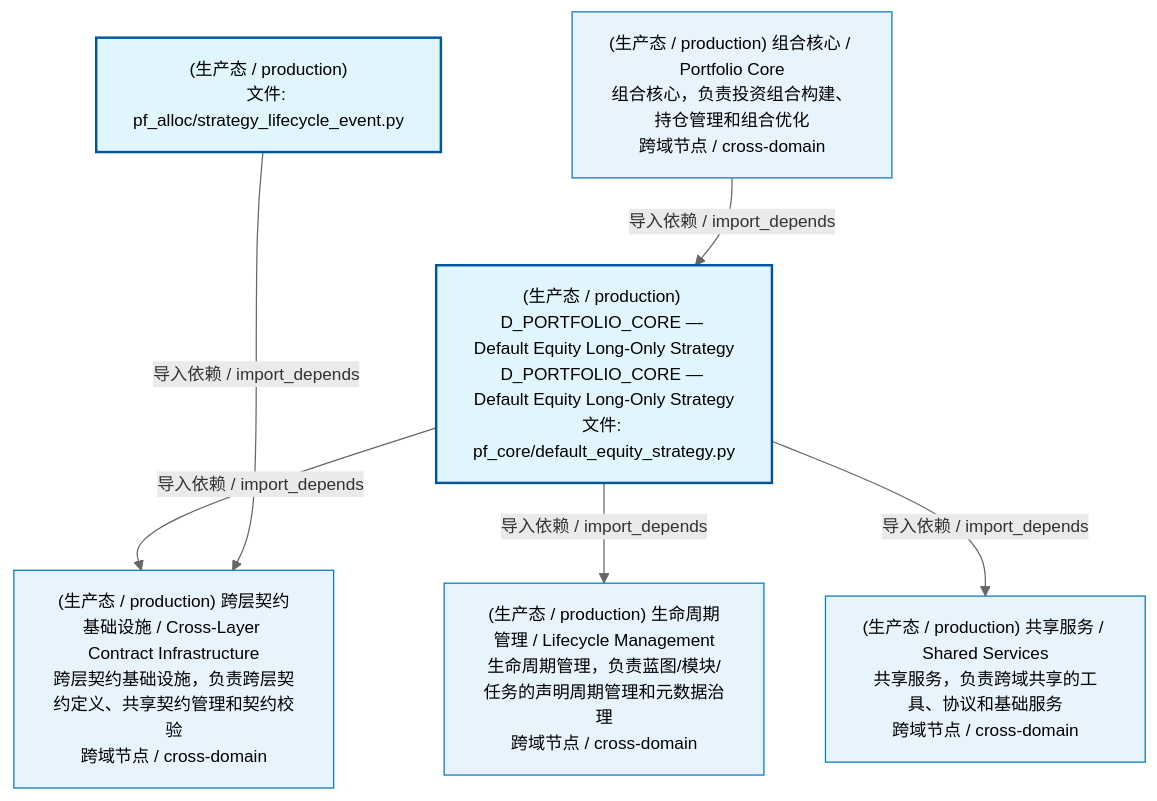
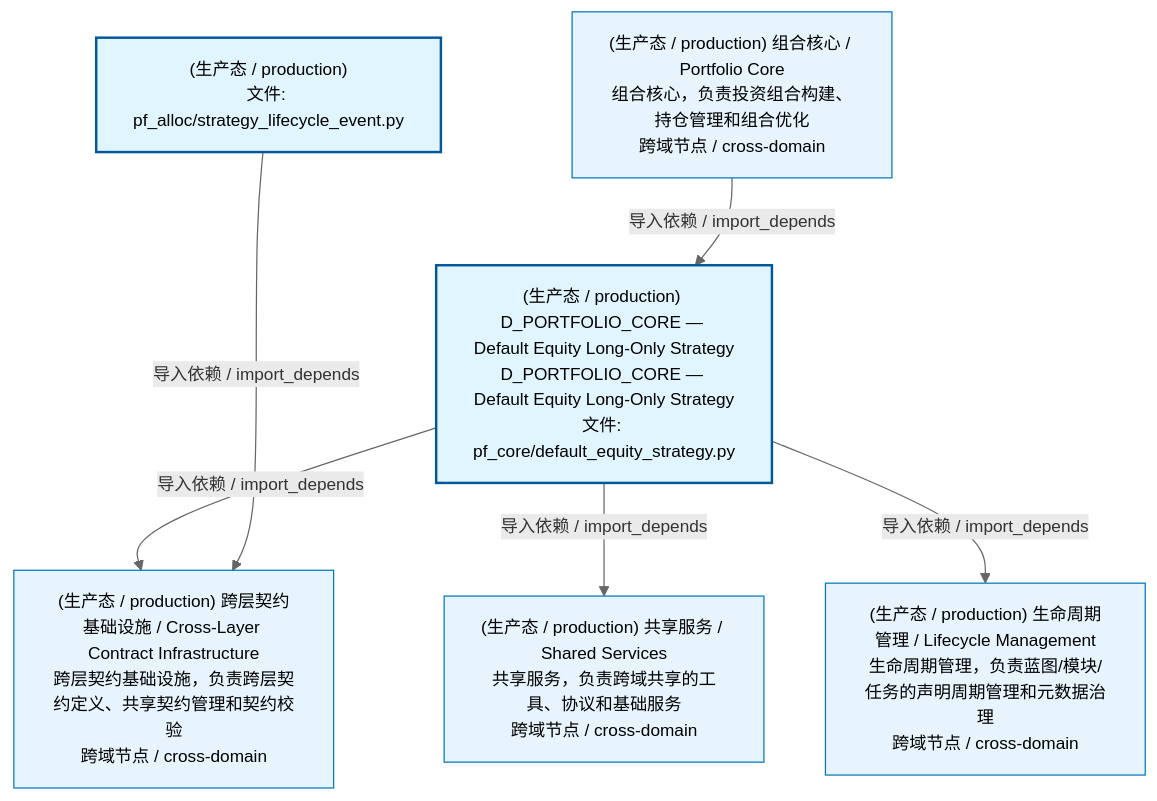
Before and after one commit to xuanFelixVan/ZephyrAlpha: the first of 2 diagrams in docs/02_enterprise_architecture/02_domain_architecture_docs/62_d_pf_alloc.md, drawn with Mermaid. The commit also changed other lines of this file and 78 other files, not shown here.

````diff
--- a/docs/02_enterprise_architecture/02_domain_architecture_docs/62_d_pf_alloc.md
+++ b/docs/02_enterprise_architecture/02_domain_architecture_docs/62_d_pf_alloc.md
@@ -53,22 +53,22 @@
 ```mermaid
 %%{init: {'theme': 'base', 'themeVariables': {'primaryColor': '#eaeaea', 'primaryTextColor': '#333333', 'primaryBorderColor': '#666666', 'lineColor': '#666666', 'secondaryColor': '#eaeaea', 'tertiaryColor': '#eaeaea', 'fontSize': '14px'}}}%%
 flowchart TD
     src_zephyr_pf_alloc_strategy_lifecycle_event_py["(生产态 / production)<br/>文件: pf_alloc/strategy_lifecycle_event.py"]
     src_zephyr_pf_core_default_equity_strategy_py["(生产态 / production) D_PORTFOLIO_CORE — Default Equity Long-Only Strategy<br/>D_PORTFOLIO_CORE — Default Equity Long-Only Strategy<br/>文件: pf_core/default_equity_strategy.py"]
     src_zephyr_pf_alloc_strategy_lifecycle_event_py ~~~ src_zephyr_pf_core_default_equity_strategy_py
     D_INFRASTRUCTURE["(生产态 / production) 跨层契约基础设施 / Cross-Layer Contract Infrastructure<br/>跨层契约基础设施，负责跨层契约定义、共享契约管理和契约校验<br/>跨域节点 / cross-domain"]
     src_zephyr_pf_core_default_equity_strategy_py -->|导入依赖 / import_depends| D_INFRASTRUCTURE
+    D_SHARED["(生产态 / production) 共享服务 / Shared Services<br/>共享服务，负责跨域共享的工具、协议和基础服务<br/>跨域节点 / cross-domain"]
+    src_zephyr_pf_core_default_equity_strategy_py -->|导入依赖 / import_depends| D_SHARED
     D_GOVERNANCE["(生产态 / production) 生命周期管理 / Lifecycle Management<br/>生命周期管理，负责蓝图/模块/任务的声明周期管理和元数据治理<br/>跨域节点 / cross-domain"]
     src_zephyr_pf_core_default_equity_strategy_py -->|导入依赖 / import_depends| D_GOVERNANCE
-    D_SHARED["(生产态 / production) 共享服务 / Shared Services<br/>共享服务，负责跨域共享的工具、协议和基础服务<br/>跨域节点 / cross-domain"]
-    src_zephyr_pf_core_default_equity_strategy_py -->|导入依赖 / import_depends| D_SHARED
     src_zephyr_pf_alloc_strategy_lifecycle_event_py -->|导入依赖 / import_depends| D_INFRASTRUCTURE
     D_PF_CORE["(生产态 / production) 组合核心 / Portfolio Core<br/>组合核心，负责投资组合构建、持仓管理和组合优化<br/>跨域节点 / cross-domain"]
     D_PF_CORE -->|导入依赖 / import_depends| src_zephyr_pf_core_default_equity_strategy_py
     classDef production fill:#e1f5fe,stroke:#01579b,stroke-width:2px,color:#000
     classDef design fill:#fff3e0,stroke:#e65100,stroke-width:2px,color:#000,stroke-dasharray: 5 5
     classDef external_prod fill:#e8f4fd,stroke:#0277bd,stroke-width:1px,color:#000
     classDef external_design fill:#fff8e7,stroke:#ef6c00,stroke-width:1px,color:#000,stroke-dasharray: 5 5
     class src_zephyr_pf_alloc_strategy_lifecycle_event_py,src_zephyr_pf_core_default_equity_strategy_py production
-    class D_INFRASTRUCTURE,D_GOVERNANCE,D_SHARED,D_PF_CORE external_prod
+    class D_INFRASTRUCTURE,D_SHARED,D_GOVERNANCE,D_PF_CORE external_prod
 ```
````
